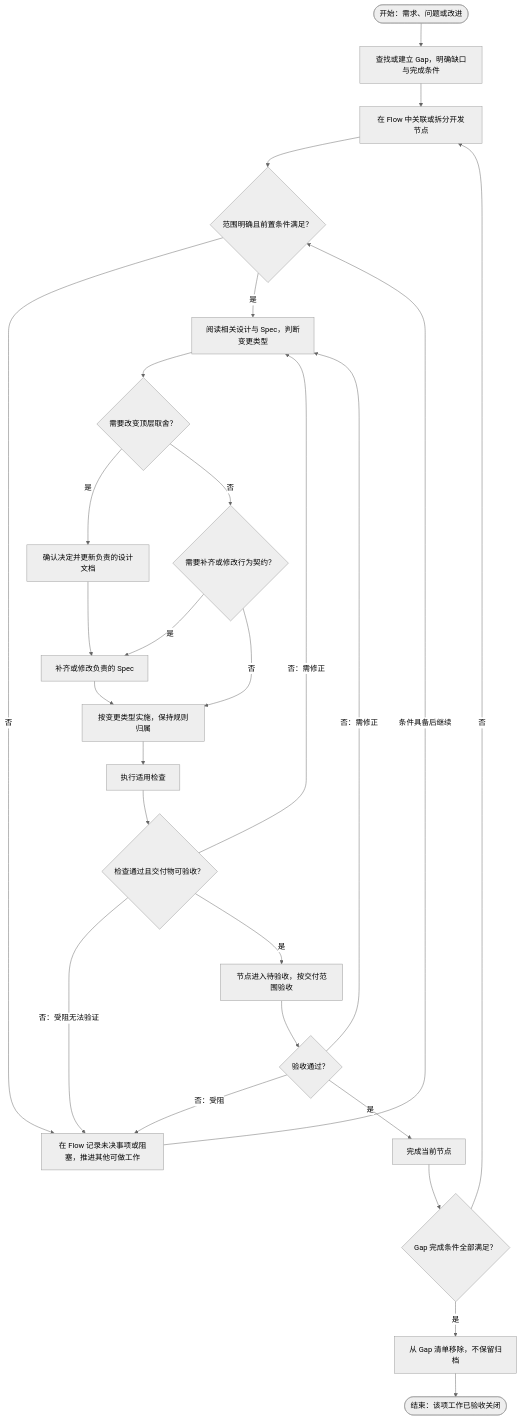
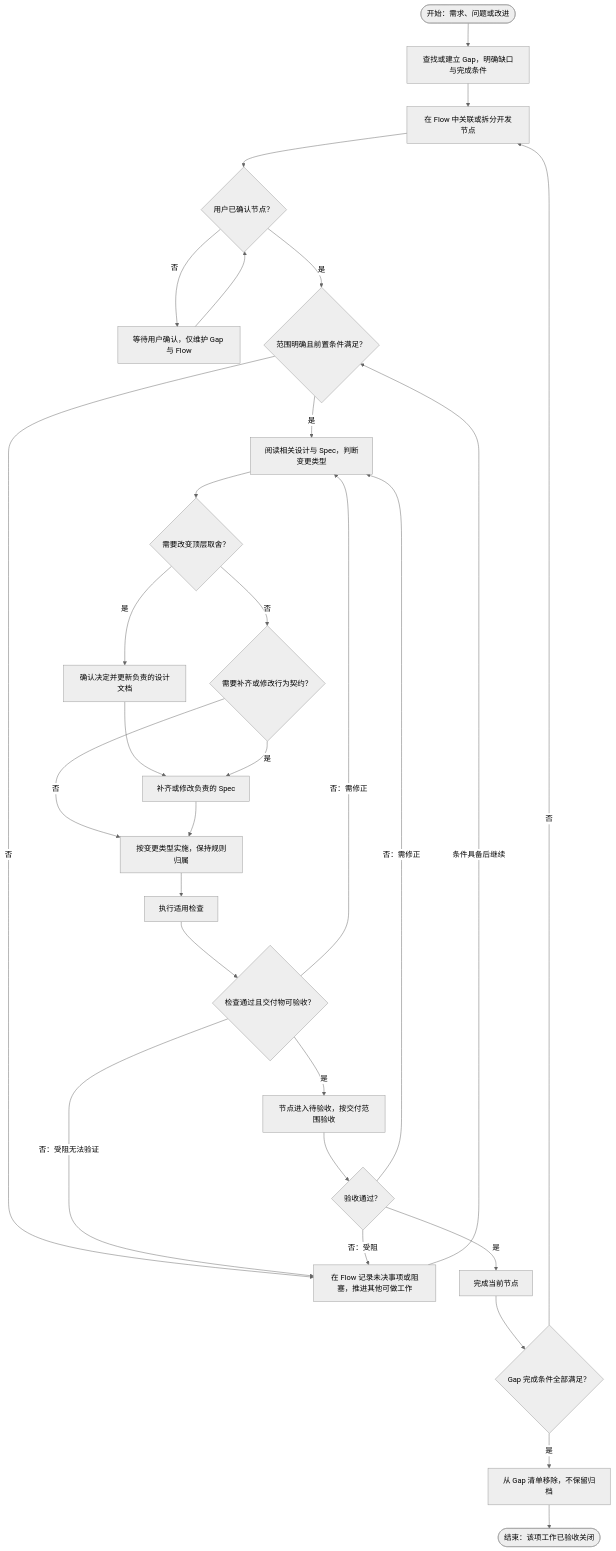
The diagram in docs/development.md (Boatjoey/super-agent), drawn with Mermaid (neutral theme) before and after one commit. The commit also changed other lines of this file, not shown here.

````diff
--- a/docs/development.md
+++ b/docs/development.md
@@ -9,29 +13,32 @@
 ```mermaid
 flowchart TD
     start([开始：需求、问题或改进]) --> gap[查找或建立 Gap，明确缺口与完成条件]
     gap --> node[在 Flow 中关联或拆分开发节点]
-    node --> ready{范围明确且前置条件满足？}
+    node --> approval{用户已确认节点？}
+    approval -->|否| pending[等待用户确认，仅维护 Gap 与 Flow]
+    pending --> approval
+    approval -->|是| ready{范围明确且前置条件满足？}
     ready -->|否| wait[在 Flow 记录未决事项或阻塞，推进其他可做工作]
     wait -->|条件具备后继续| ready
     ready -->|是| classify[阅读相关设计与 Spec，判断变更类型]
     classify --> decision{需要改变顶层取舍？}
     decision -->|是| confirm[确认决定并更新负责的设计文档]
     confirm --> spec[补齐或修改负责的 Spec]
     decision -->|否| contract{需要补齐或修改行为契约？}
     contract -->|是| spec
     contract -->|否| implement[按变更类型实施，保持规则归属]
     spec --> implement
     implement --> verify[执行适用检查]
     verify --> passed{检查通过且交付物可验收？}
     passed -->|否：需修正| classify
     passed -->|否：受阻无法验证| wait
     passed -->|是| review[节点进入待验收，按交付范围验收]
     review --> accepted{验收通过？}
     accepted -->|否：需修正| classify
     accepted -->|否：受阻| wait
     accepted -->|是| done[完成当前节点]
     done --> complete{Gap 完成条件全部满足？}
     complete -->|否| node
     complete -->|是| close[从 Gap 清单移除，不保留归档]
     close --> finish([结束：该项工作已验收关闭])
 ```
````
